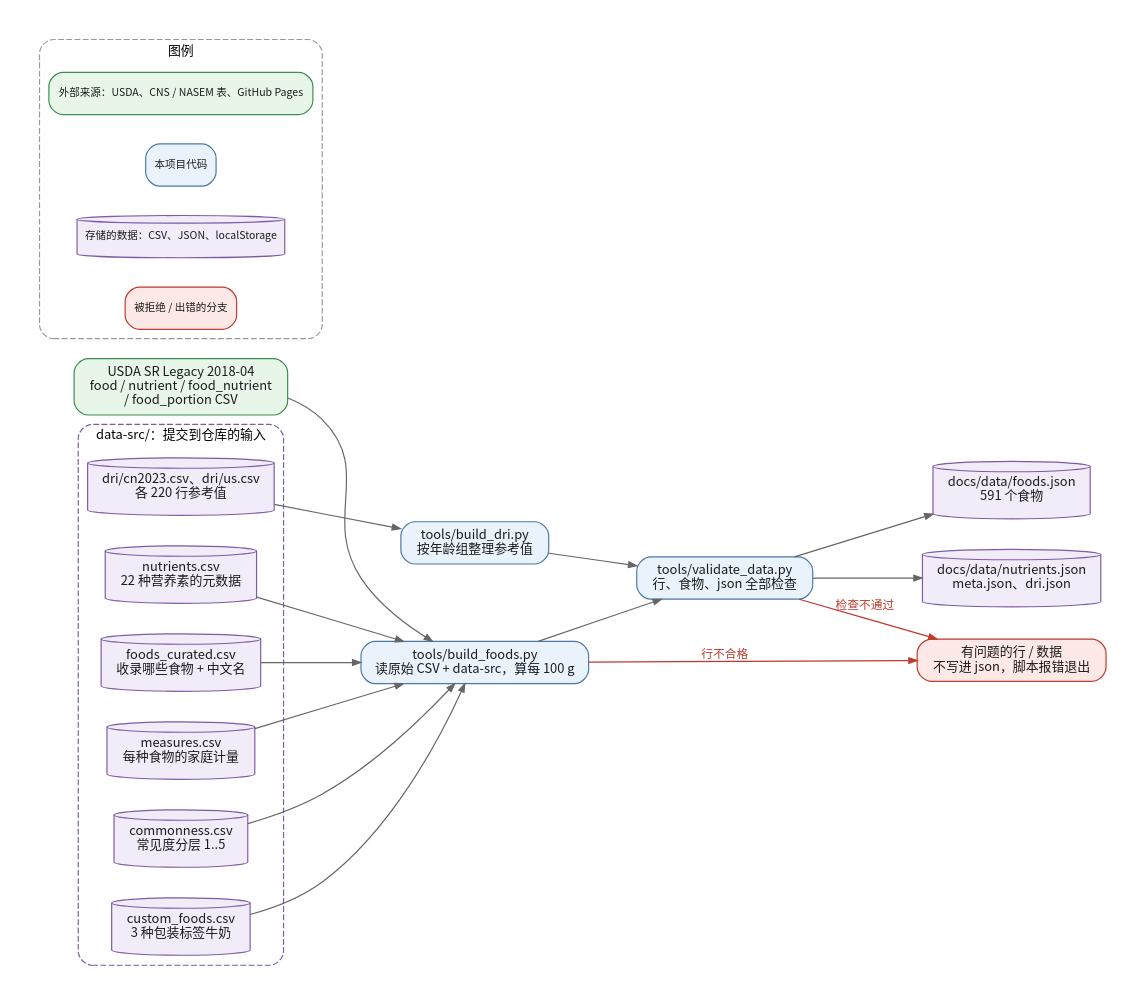
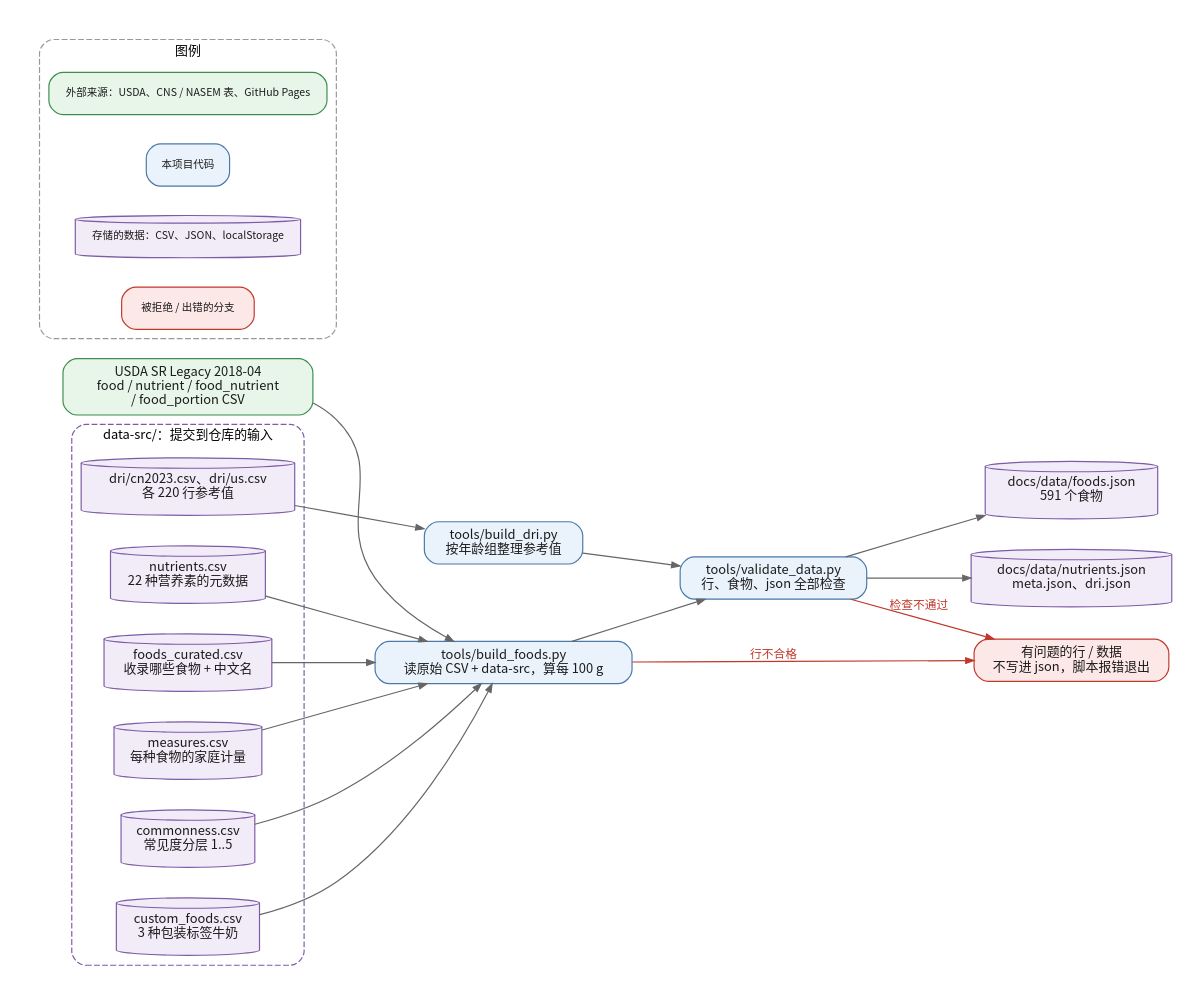
Before and after one commit to hairrrrr/micronutrients-tracker: the diagram in documentation/diagrams/data-build.dot, drawn with Graphviz. The commit also changed 15 other files, not shown here.

```diff
--- a/documentation/diagrams/data-build.dot
+++ b/documentation/diagrams/data-build.dot
@@ -1,56 +1,56 @@
 // data-build.dot - generated by documentation/diagrams/build.mjs.
 // Edit the script, then run: npm run docs:diagrams
 digraph data_build {
   graph [rankdir=LR, compound=true, fontname="Noto Sans CJK SC", fontsize=12,
          bgcolor="white", pad="0.25", nodesep="0.35", ranksep="0.55"];
   node [fontname="Noto Sans CJK SC", fontsize=11, margin="0.16,0.09"];
   edge [fontname="Noto Sans CJK SC", fontsize=10, arrowsize=0.7];
 
-  usda [label="USDA SR Legacy 2018-04\nfood / nutrient / food_nutrient\n/ food_portion CSV", fillcolor="#E8F6EA", color="#3C8D4F", fontcolor="#1B1B1B", shape=box, style="rounded,filled"];
+  usda [label="USDA SR Legacy 2018-04\nfood / nutrient / food_nutrient\n/ food_portion CSV", fillcolor="#E8F6EA", color="#3C8D4F", fontcolor="#1B1B1B", shape=box, width=2.96, fixedsize=false, style="rounded,filled"];
 
   subgraph cluster_src {
     label="data-src/：提交到仓库的输入";
     fontsize=11;
     style="rounded,dashed";
     color="#7D5BA6";
-  nutrients_csv [label="nutrients.csv\n22 种营养素的元数据", fillcolor="#F1ECF8", color="#7D5BA6", fontcolor="#1B1B1B", shape=cylinder, style="filled"];
-  foods_csv [label="foods_curated.csv\n收录哪些食物 + 中文名", fillcolor="#F1ECF8", color="#7D5BA6", fontcolor="#1B1B1B", shape=cylinder, style="filled"];
-  measures_csv [label="measures.csv\n每种食物的家庭计量", fillcolor="#F1ECF8", color="#7D5BA6", fontcolor="#1B1B1B", shape=cylinder, style="filled"];
-  commonness_csv [label="commonness.csv\n常见度分层 1..5", fillcolor="#F1ECF8", color="#7D5BA6", fontcolor="#1B1B1B", shape=cylinder, style="filled"];
-  custom_csv [label="custom_foods.csv\n3 种包装标签牛奶", fillcolor="#F1ECF8", color="#7D5BA6", fontcolor="#1B1B1B", shape=cylinder, style="filled"];
-  dri_csv [label="dri/cn2023.csv、dri/us.csv\n各 220 行参考值", fillcolor="#F1ECF8", color="#7D5BA6", fontcolor="#1B1B1B", shape=cylinder, style="filled"];
+  nutrients_csv [label="nutrients.csv\n22 种营养素的元数据", fillcolor="#F1ECF8", color="#7D5BA6", fontcolor="#1B1B1B", shape=cylinder, width=1.83, fixedsize=false, style="filled"];
+  foods_csv [label="foods_curated.csv\n收录哪些食物 + 中文名", fillcolor="#F1ECF8", color="#7D5BA6", fontcolor="#1B1B1B", shape=cylinder, width=1.99, fixedsize=false, style="filled"];
+  measures_csv [label="measures.csv\n每种食物的家庭计量", fillcolor="#F1ECF8", color="#7D5BA6", fontcolor="#1B1B1B", shape=cylinder, width=1.73, fixedsize=false, style="filled"];
+  commonness_csv [label="commonness.csv\n常见度分层 1..5", fillcolor="#F1ECF8", color="#7D5BA6", fontcolor="#1B1B1B", shape=cylinder, width=1.54, fixedsize=false, style="filled"];
+  custom_csv [label="custom_foods.csv\n3 种包装标签牛奶", fillcolor="#F1ECF8", color="#7D5BA6", fontcolor="#1B1B1B", shape=cylinder, width=1.70, fixedsize=false, style="filled"];
+  dri_csv [label="dri/cn2023.csv、dri/us.csv\n各 220 行参考值", fillcolor="#F1ECF8", color="#7D5BA6", fontcolor="#1B1B1B", shape=cylinder, width=2.53, fixedsize=false, style="filled"];
   }
 
-  build_foods [label="tools/build_foods.py\n读原始 CSV + data-src，算每 100 g", fillcolor="#EAF2FB", color="#4A78A8", fontcolor="#1B1B1B", shape=box, style="rounded,filled"];
-  build_dri [label="tools/build_dri.py\n按年龄组整理参考值", fillcolor="#EAF2FB", color="#4A78A8", fontcolor="#1B1B1B", shape=box, style="rounded,filled"];
-  validate [label="tools/validate_data.py\n行、食物、json 全部检查", fillcolor="#EAF2FB", color="#4A78A8", fontcolor="#1B1B1B", shape=box, style="rounded,filled"];
-  foods_json [label="docs/data/foods.json\n591 个食物", fillcolor="#F1ECF8", color="#7D5BA6", fontcolor="#1B1B1B", shape=cylinder, style="filled"];
-  other_json [label="docs/data/nutrients.json\nmeta.json、dri.json", fillcolor="#F1ECF8", color="#7D5BA6", fontcolor="#1B1B1B", shape=cylinder, style="filled"];
-  rejected [label="有问题的行 / 数据\n不写进 json，脚本报错退出", fillcolor="#FCE8E6", color="#C0392B", fontcolor="#1B1B1B", shape=box, style="rounded,filled"];
+  build_foods [label="tools/build_foods.py\n读原始 CSV + data-src，算每 100 g", fillcolor="#EAF2FB", color="#4A78A8", fontcolor="#1B1B1B", shape=box, width=3.04, fixedsize=false, style="rounded,filled"];
+  build_dri [label="tools/build_dri.py\n按年龄组整理参考值", fillcolor="#EAF2FB", color="#4A78A8", fontcolor="#1B1B1B", shape=box, width=1.87, fixedsize=false, style="rounded,filled"];
+  validate [label="tools/validate_data.py\n行、食物、json 全部检查", fillcolor="#EAF2FB", color="#4A78A8", fontcolor="#1B1B1B", shape=box, width=2.21, fixedsize=false, style="rounded,filled"];
+  foods_json [label="docs/data/foods.json\n591 个食物", fillcolor="#F1ECF8", color="#7D5BA6", fontcolor="#1B1B1B", shape=cylinder, width=2.04, fixedsize=false, style="filled"];
+  other_json [label="docs/data/nutrients.json\nmeta.json、dri.json", fillcolor="#F1ECF8", color="#7D5BA6", fontcolor="#1B1B1B", shape=cylinder, width=2.38, fixedsize=false, style="filled"];
+  rejected [label="有问题的行 / 数据\n不写进 json，脚本报错退出", fillcolor="#FCE8E6", color="#C0392B", fontcolor="#1B1B1B", shape=box, width=2.31, fixedsize=false, style="rounded,filled"];
 
   usda -> build_foods [color="#666666"];
   nutrients_csv -> build_foods [color="#666666"];
   foods_csv -> build_foods [color="#666666"];
   measures_csv -> build_foods [color="#666666"];
   commonness_csv -> build_foods [color="#666666"];
   custom_csv -> build_foods [color="#666666"];
   dri_csv -> build_dri [color="#666666"];
   build_foods -> validate [color="#666666"];
   build_dri -> validate [color="#666666"];
   validate -> foods_json [color="#666666"];
   validate -> other_json [color="#666666"];
   build_foods -> rejected [color="#C0392B", label="行不合格", fontcolor="#C0392B"];
   validate -> rejected [color="#C0392B", label="检查不通过", fontcolor="#C0392B"];
   subgraph cluster_legend {
     label="图例";
     fontsize=11;
     style="rounded,dashed";
     color="#999999";
     node [fontname="Noto Sans CJK SC", margin="0.10,0.05"];
-    legend_source [label="外部来源：USDA、CNS / NASEM 表、GitHub Pages", fillcolor="#E8F6EA", color="#3C8D4F", fontcolor="#1B1B1B", shape=box, style="rounded,filled", fontsize=9];
-    legend_code [label="本项目代码", fillcolor="#EAF2FB", color="#4A78A8", fontcolor="#1B1B1B", shape=box, style="rounded,filled", fontsize=9];
-    legend_stored [label="存储的数据：CSV、JSON、localStorage", fillcolor="#F1ECF8", color="#7D5BA6", fontcolor="#1B1B1B", shape=cylinder, style="filled", fontsize=9];
-    legend_error [label="被拒绝 / 出错的分支", fillcolor="#FCE8E6", color="#C0392B", fontcolor="#1B1B1B", shape=box, style="rounded,filled", fontsize=9];
+    legend_source [label="外部来源：USDA、CNS / NASEM 表、GitHub Pages", fillcolor="#E8F6EA", color="#3C8D4F", fontcolor="#1B1B1B", shape=box, style="rounded,filled", fontsize=9, width=3.29, fixedsize=false];
+    legend_code [label="本项目代码", fillcolor="#EAF2FB", color="#4A78A8", fontcolor="#1B1B1B", shape=box, style="rounded,filled", fontsize=9, width=0.98, fixedsize=false];
+    legend_stored [label="存储的数据：CSV、JSON、localStorage", fillcolor="#F1ECF8", color="#7D5BA6", fontcolor="#1B1B1B", shape=cylinder, style="filled", fontsize=9, width=2.67, fixedsize=false];
+    legend_error [label="被拒绝 / 出错的分支", fillcolor="#FCE8E6", color="#C0392B", fontcolor="#1B1B1B", shape=box, style="rounded,filled", fontsize=9, width=1.57, fixedsize=false];
     { rank=same; legend_source; legend_code; legend_stored; legend_error; }
   }
 }
```
